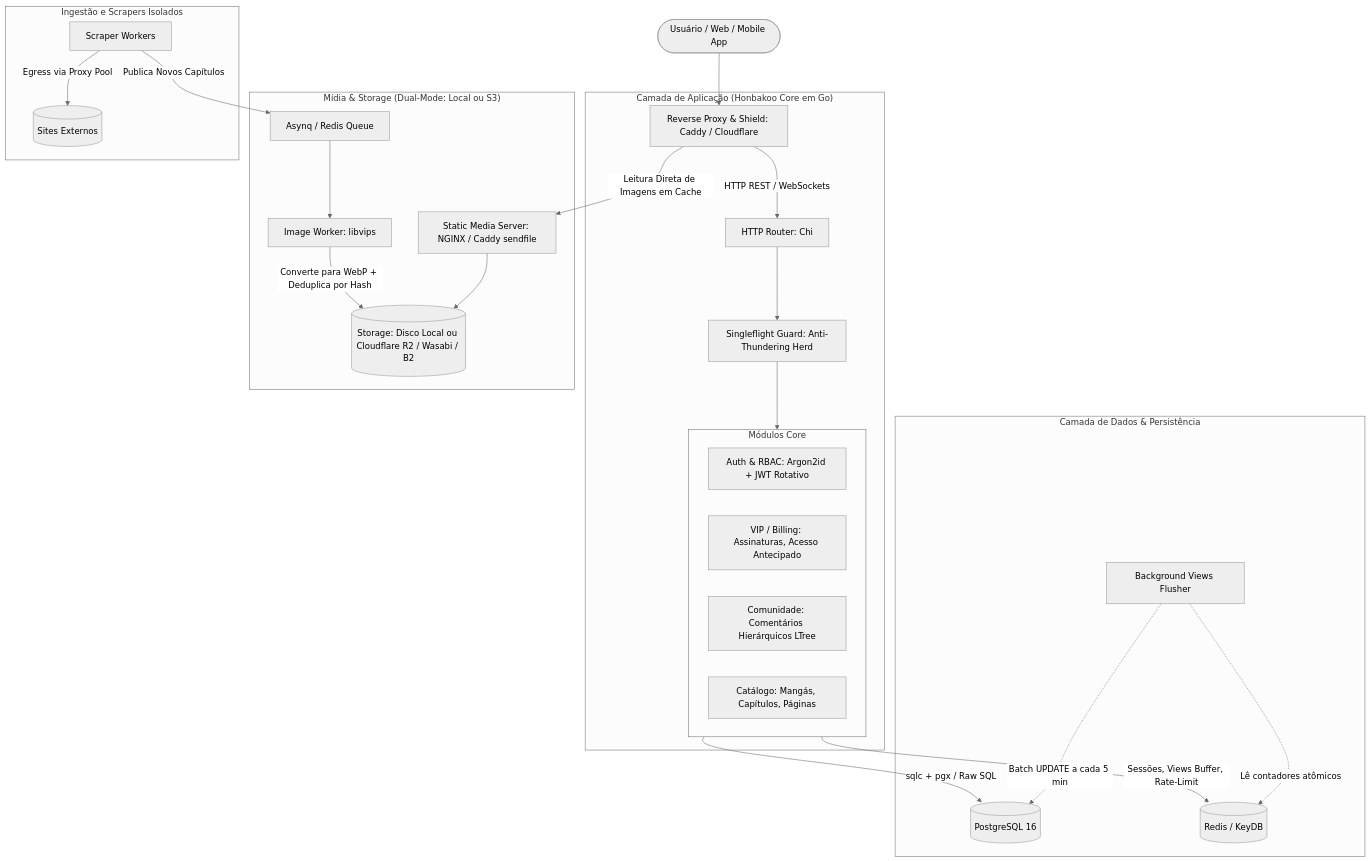
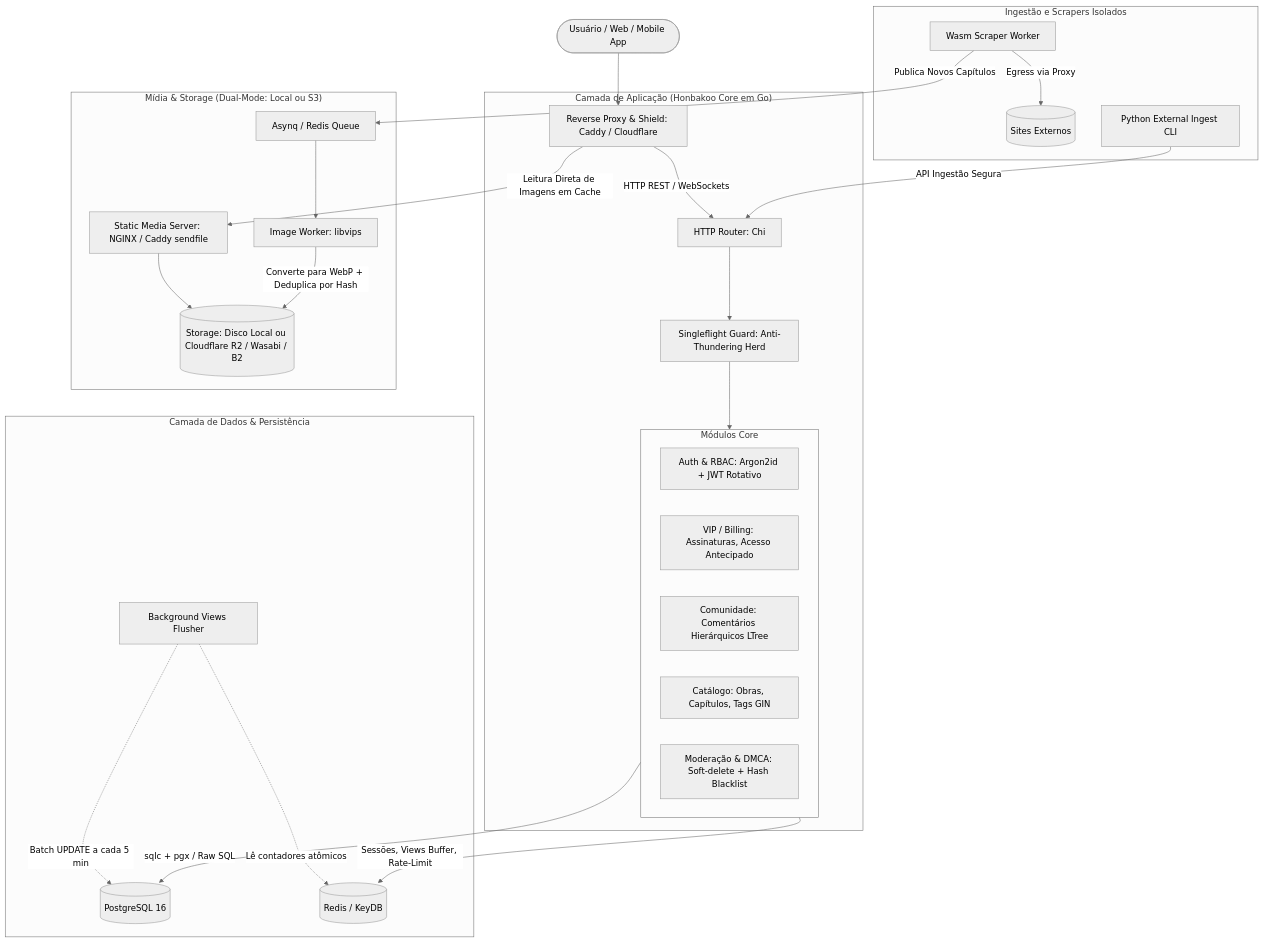
The diagram in ARCHITECTURE.md (Honbakoo/docs), drawn with Mermaid (neutral theme) before and after one commit. The commit also changed other lines of this file, not shown here.

Commit message:
docs: integrate UUIDv7, GIN tags indexing, client-side compression and DMCA blacklist

````diff
--- a/ARCHITECTURE.md
+++ b/ARCHITECTURE.md
@@ -47,37 +48,39 @@
 ```mermaid
 flowchart TD
     Client([Usuário / Web / Mobile App]) --> Edge[Reverse Proxy & Shield: Caddy / Cloudflare]
 
     subgraph "Camada de Aplicação (Honbakoo Core em Go)"
         Edge -->|HTTP REST / WebSockets| Router[HTTP Router: Chi]
         Router --> SingleFlight[Singleflight Guard: Anti-Thundering Herd]
         SingleFlight --> Modules
         
         subgraph Modules [Módulos Core]
             AuthMod[Auth & RBAC: Argon2id + JWT Rotativo]
             VipMod[VIP / Billing: Assinaturas, Acesso Antecipado]
             CommMod[Comunidade: Comentários Hierárquicos LTree]
-            ContentMod[Catálogo: Mangás, Capítulos, Páginas]
+            ContentMod[Catálogo: Obras, Capítulos, Tags GIN]
+            ModMod[Moderação & DMCA: Soft-delete + Hash Blacklist]
         end
     end
 
     subgraph "Camada de Dados & Persistência"
         Modules -->|sqlc + pgx / Raw SQL| PG[(PostgreSQL 16)]
         Modules -->|Sessões, Views Buffer, Rate-Limit| Cache[(Redis / KeyDB)]
         FlushWorker[Background Views Flusher] -.->|Batch UPDATE a cada 5 min| PG
         FlushWorker -.->|Lê contadores atômicos| Cache
     end
 
     subgraph "Mídia & Storage (Dual-Mode: Local ou S3)"
         Edge -->|Leitura Direta de Imagens em Cache| MediaServer[Static Media Server: NGINX / Caddy sendfile]
         MediaServer --> Storage[(Storage: Disco Local ou Cloudflare R2 / Wasabi / B2)]
         
         JobQueue[Asynq / Redis Queue] --> ImgWorker[Image Worker: libvips]
         ImgWorker -->|Converte para WebP + Deduplica por Hash| Storage
     end
 
     subgraph "Ingestão e Scrapers Isolados"
-        ScraperWorker[Scraper Workers] -->|Egress via Proxy Pool| ExternalSources[(Sites Externos)]
-        ScraperWorker -->|Publica Novos Capítulos| JobQueue
+        WasmWorker[Wasm Scraper Worker] -->|Egress via Proxy| ExternalSources[(Sites Externos)]
+        PyCLI[Python External Ingest CLI] -->|API Ingestão Segura| Router
+        WasmWorker -->|Publica Novos Capítulos| JobQueue
     end
 ```
````
